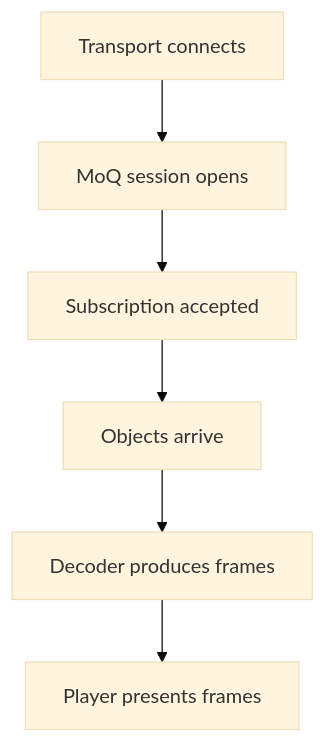
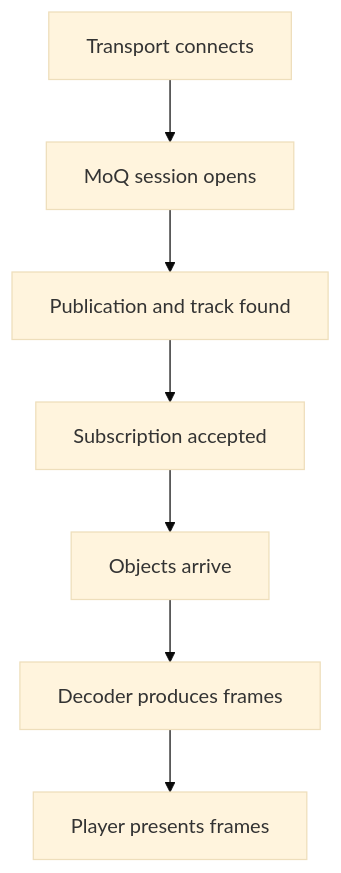
Before and after one commit to pham-tuan-binh/moq-for-the-curious: the diagram in docs/10-debugging/index.qmd, drawn with Mermaid (base theme). The commit also changed 9 other files, not shown here.

````diff
--- a/docs/10-debugging/index.qmd
+++ b/docs/10-debugging/index.qmd
@@ -6,10 +6,11 @@
 ```{mermaid}
 flowchart TD
   accTitle: Locate the first missing step in playback
-  accDescr: Check transport, session, subscription, decoding, and presentation in order. A failure at each stage narrows which layer to investigate.
+  accDescr: Check transport, session, discovery, subscription, object delivery, decoding, and presentation in order. A failure at each stage narrows which layer to investigate.
   A["Transport connects"] --> B["MoQ session opens"]
-  B --> C["Subscription accepted"]
+  B --> N["Publication and track found"]
+  N --> C["Subscription accepted"]
   C --> D["Objects arrive"]
   D --> E["Decoder produces frames"]
   E --> F["Player presents frames"]
 ```
````
